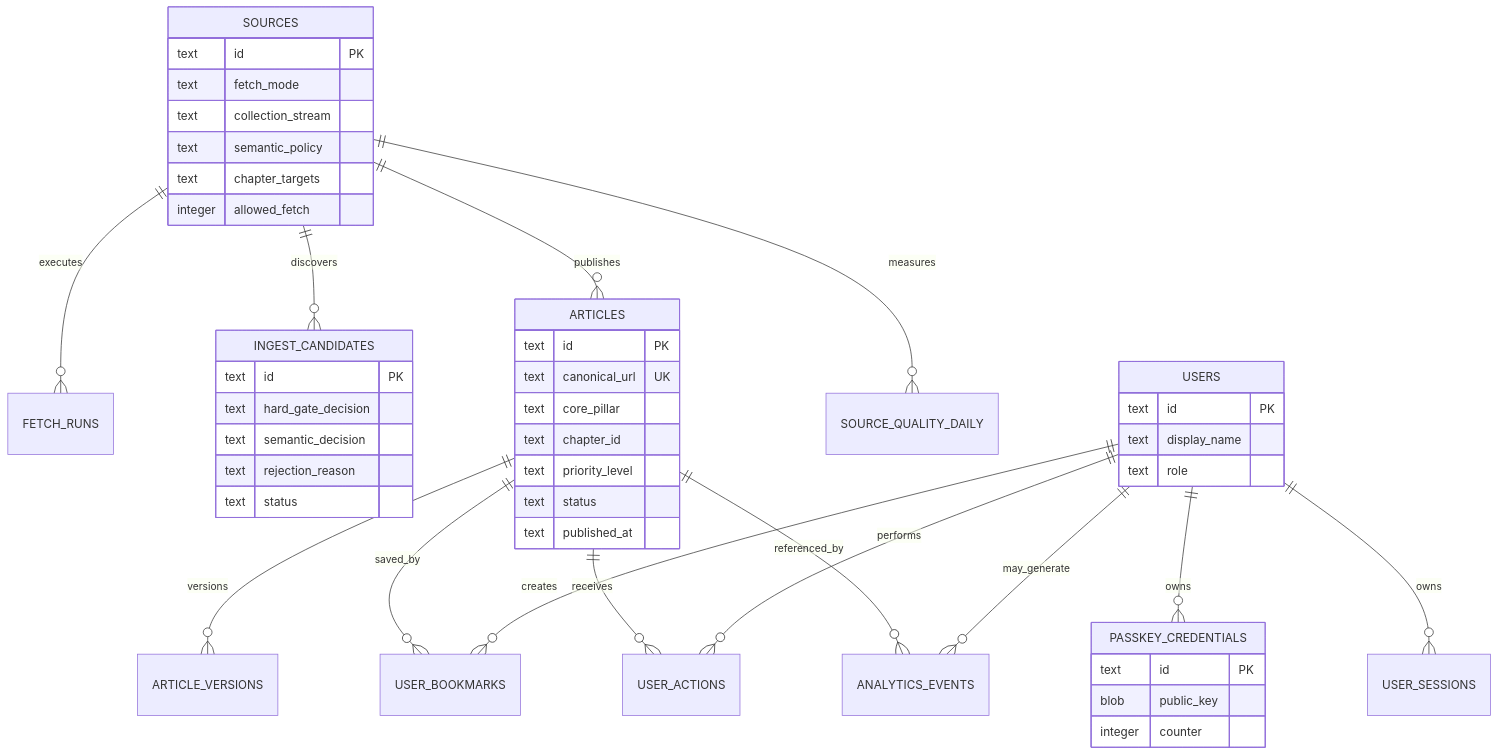
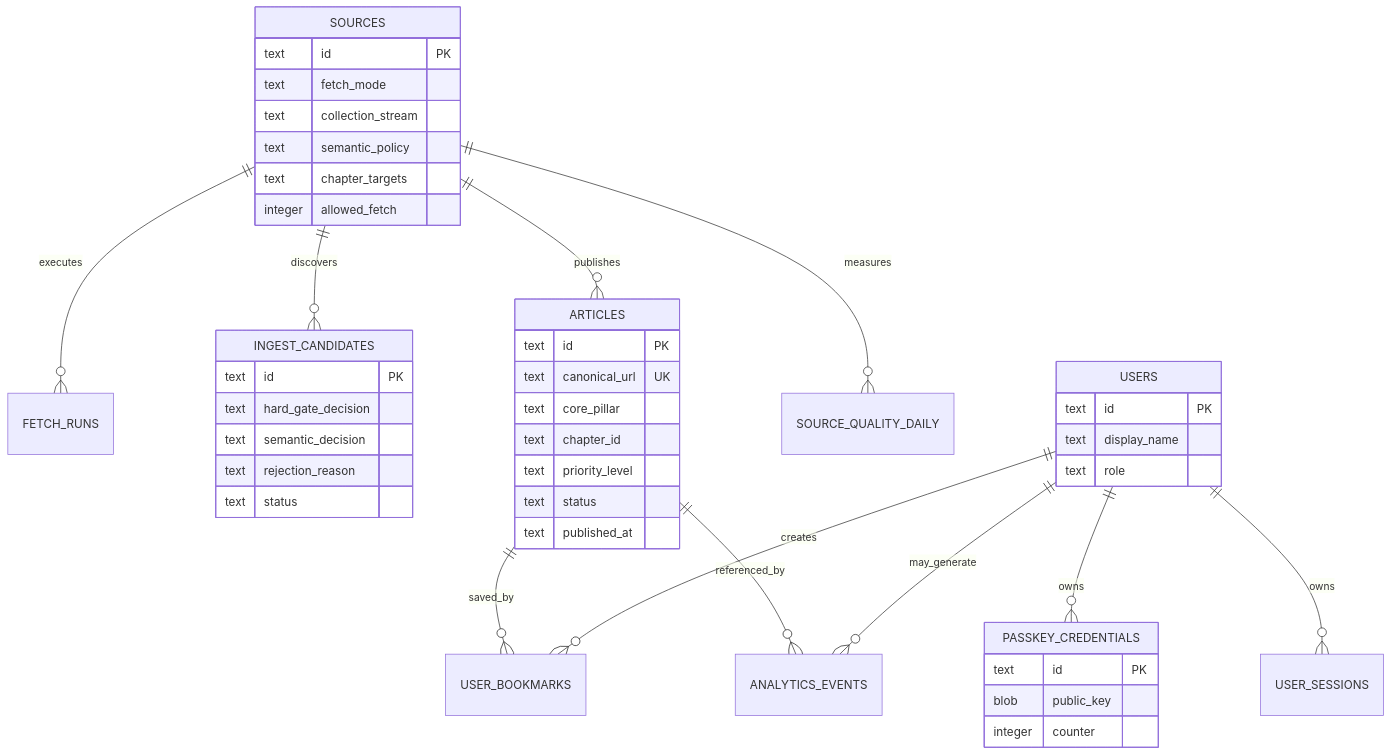
Before and after one commit to kekincai/fde: the sixth of 9 diagrams in README.md, drawn with Mermaid. The commit also changed other lines of this file and 8 other files, not shown here.

````diff
--- a/README.md
+++ b/README.md
@@ -237,51 +244,48 @@
 ```mermaid
 erDiagram
     SOURCES ||--o{ FETCH_RUNS : executes
     SOURCES ||--o{ INGEST_CANDIDATES : discovers
     SOURCES ||--o{ ARTICLES : publishes
     SOURCES ||--o{ SOURCE_QUALITY_DAILY : measures
-    ARTICLES ||--o{ ARTICLE_VERSIONS : versions
     ARTICLES ||--o{ USER_BOOKMARKS : saved_by
-    ARTICLES ||--o{ USER_ACTIONS : receives
     ARTICLES ||--o{ ANALYTICS_EVENTS : referenced_by
     USERS ||--o{ PASSKEY_CREDENTIALS : owns
     USERS ||--o{ USER_SESSIONS : owns
     USERS ||--o{ USER_BOOKMARKS : creates
-    USERS ||--o{ USER_ACTIONS : performs
     USERS ||--o{ ANALYTICS_EVENTS : may_generate
 
     SOURCES {
       text id PK
       text fetch_mode
       text collection_stream
       text semantic_policy
       text chapter_targets
       integer allowed_fetch
     }
     ARTICLES {
       text id PK
       text canonical_url UK
       text core_pillar
       text chapter_id
       text priority_level
       text status
       text published_at
     }
     INGEST_CANDIDATES {
       text id PK
       text hard_gate_decision
       text semantic_decision
       text rejection_reason
       text status
     }
     USERS {
       text id PK
       text display_name
       text role
     }
     PASSKEY_CREDENTIALS {
       text id PK
       blob public_key
       integer counter
     }
 ```
````
